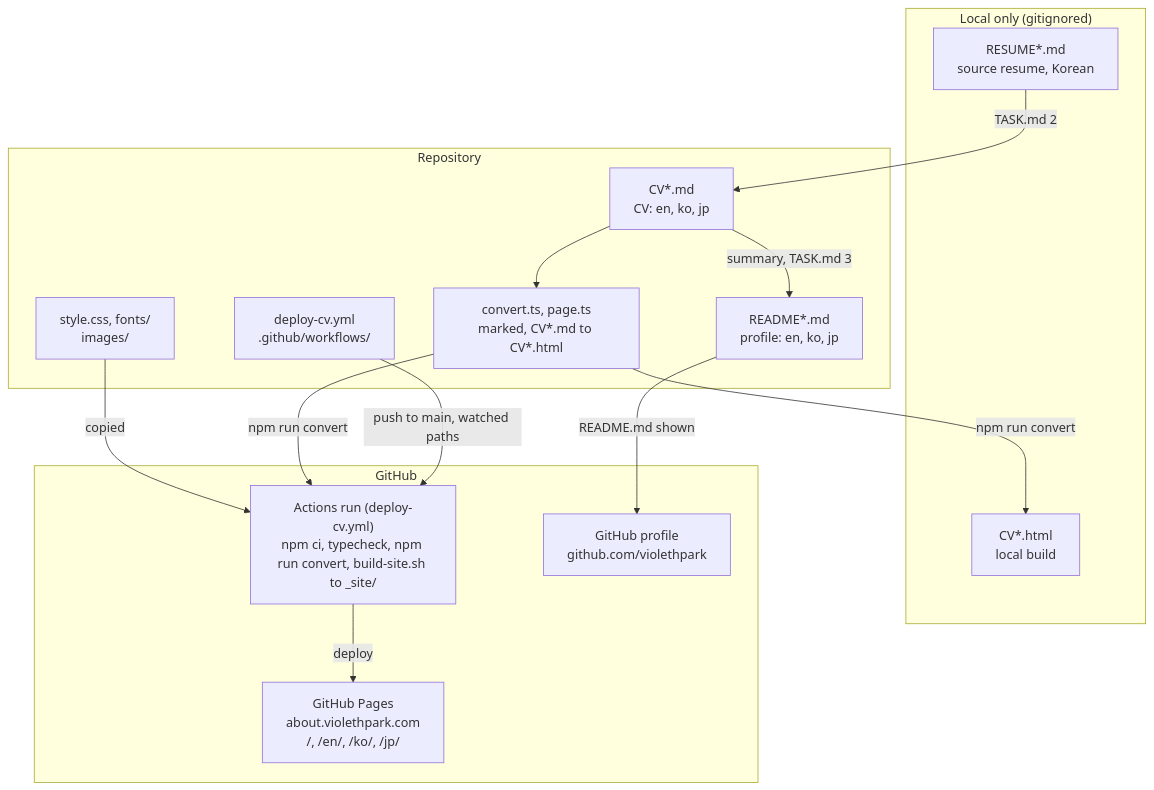
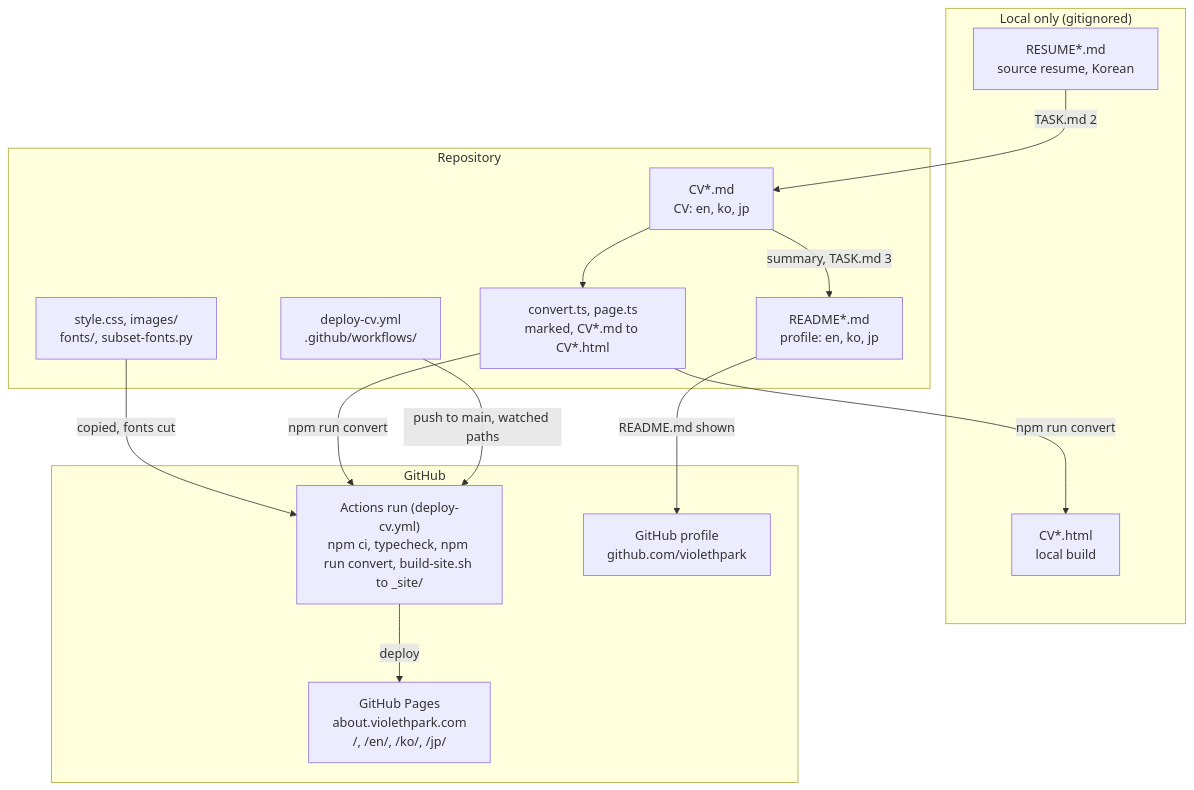
One commit to violethpark/violethpark changed the diagram in diagrams/repo-structure.mmd. Above: the diagram before and after it, drawn with Mermaid. The commit also changed 4 other files, not shown here.

```diff
--- a/diagrams/repo-structure.mmd
+++ b/diagrams/repo-structure.mmd
@@ -1,28 +1,28 @@
 flowchart TB
   accTitle: Repository publishing structure
-  accDescr: RESUME*.md is the factual source for the CV in three languages, which the README profiles summarize. convert.ts, with the page script page.ts, turns CV*.md into CV*.html locally and in the deploy workflow; the workflow adds style.css, fonts, and images with build-site.sh and deploys the site to GitHub Pages at about.violethpark.com.
+  accDescr: RESUME*.md is the factual source for the CV in three languages, which the README profiles summarize. convert.ts, with the page script page.ts, turns CV*.md into CV*.html locally and in the deploy workflow; the workflow adds style.css, images, and the fonts cut to the pages' characters (subset-fonts.py) with build-site.sh and deploys the site to GitHub Pages at about.violethpark.com.
   subgraph local ["Local only (gitignored)"]
     html["CV*.html<br/>local build"]
     resume["RESUME*.md<br/>source resume, Korean"]
   end
   subgraph repo [Repository]
     cv["CV*.md<br/>CV: en, ko, jp"]
     readme["README*.md<br/>profile: en, ko, jp"]
-    assets["style.css, fonts/<br/>images/"]
+    assets["style.css, images/<br/>fonts/, subset-fonts.py"]
     convert["convert.ts, page.ts<br/>marked, CV*.md to CV*.html"]
     workflow["deploy-cv.yml<br/>.github/workflows/"]
   end
   subgraph github [GitHub]
     run["Actions run (deploy-cv.yml)<br/>npm ci, typecheck, npm run convert, build-site.sh to _site/"]
     profile["GitHub profile<br/>github.com/violethpark"]
     pages["GitHub Pages<br/>about.violethpark.com<br/>/, /en/, /ko/, /jp/"]
   end
   resume -- "TASK.md 2" --> cv
   cv -- "summary, TASK.md 3" --> readme
   readme -- "README.md shown" --> profile
   cv --> convert
   convert -- "npm run convert" --> html
-  assets -- copied --> run
+  assets -- "copied, fonts cut" --> run
   convert -- "npm run convert" --> run
   workflow -- "push to main, watched paths" --> run
   run -- deploy --> pages
```
